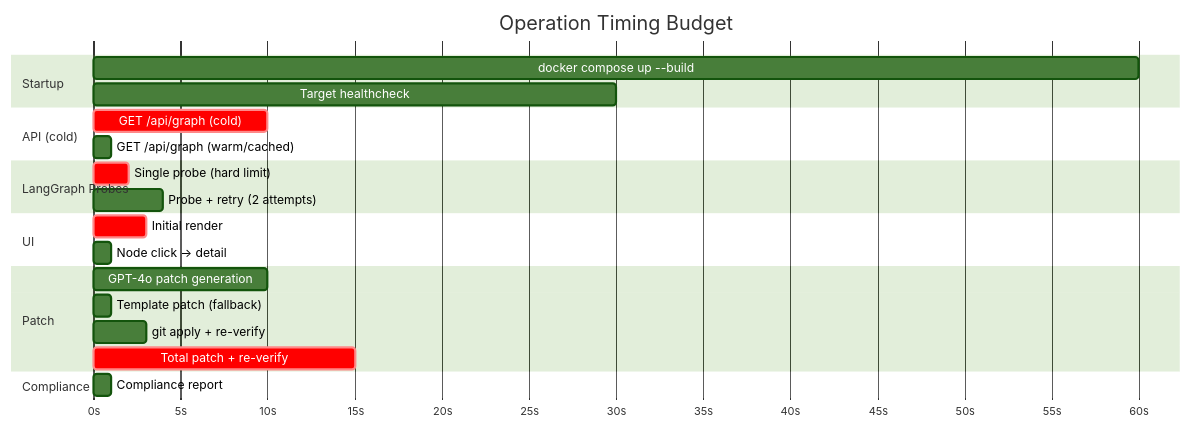
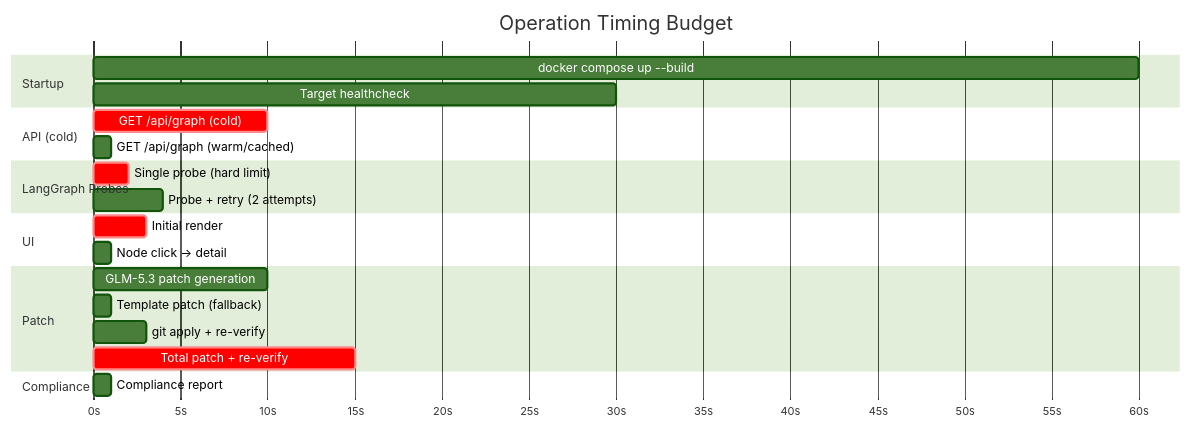
One commit to Halcyora/mitigata changed diagram 23 of 25 in HACKATHON/docs/P06-Architecture.md. Above: the diagram before and after it, drawn with Mermaid (forest theme). The commit also changed other lines of this file and 6 other files, not shown here.

````diff
--- a/HACKATHON/docs/P06-Architecture.md
+++ b/HACKATHON/docs/P06-Architecture.md
@@ -819,31 +816,31 @@
 ```mermaid
 gantt
     title Operation Timing Budget
     dateFormat  X
     axisFormat  %ss
 
     section Startup
     docker compose up --build    :0, 60
     Target healthcheck           :0, 30
 
     section API (cold)
     GET /api/graph (cold)        :crit, 0, 10
     GET /api/graph (warm/cached) :0, 1
 
     section LangGraph Probes
     Single probe (hard limit)    :crit, 0, 2
     Probe + retry (2 attempts)   :0, 4
 
     section UI
     Initial render               :crit, 0, 3
     Node click → detail          :0, 1
 
     section Patch
-    GPT-4o patch generation      :0, 10
+    GLM-5.3 patch generation    :0, 10
     Template patch (fallback)    :0, 1
     git apply + re-verify        :0, 3
     Total patch + re-verify      :crit, 0, 15
 
     section Compliance
     Compliance report            :0, 1
 ```
````
